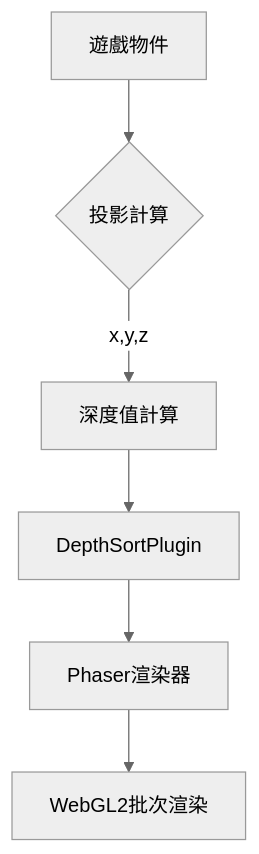
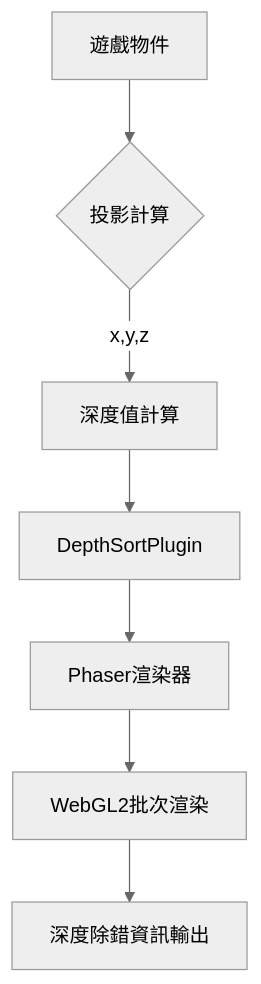
Before and after one commit to ainlee/WebRPG: the fourth of 5 diagrams in spec.md, drawn with Mermaid (neutral theme). The commit also changed other lines of this file and 5 other files, not shown here.

````diff
--- a/spec.md
+++ b/spec.md
@@ -213,8 +215,9 @@
 ```mermaid
 flowchart TD
     A[遊戲物件] --> B{投影計算}
     B -->|x,y,z| C[深度值計算]
     C --> D[DepthSortPlugin]
     D --> E[Phaser渲染器]
     E --> F[WebGL2批次渲染]
+    F --> G[深度除錯資訊輸出]
 ```
````
